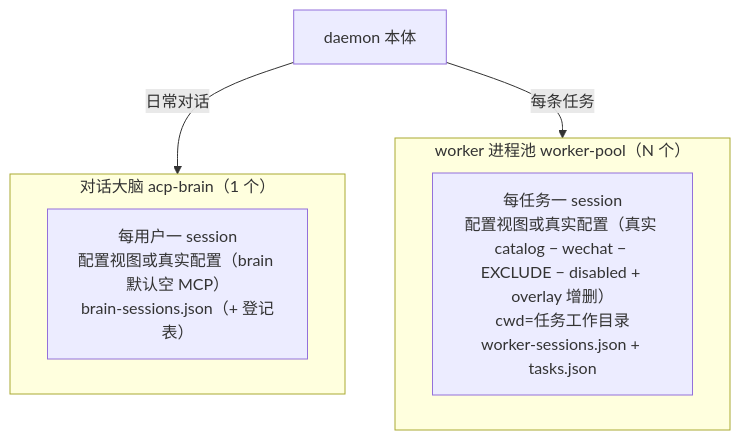
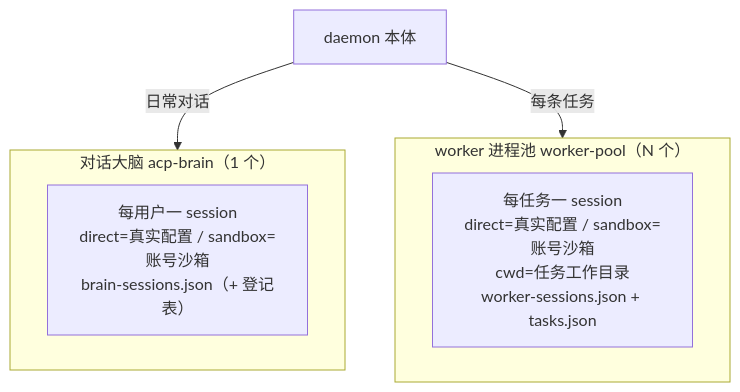
The fifth of 6 diagrams in docs/repowiki/02-系统架构.md (imwangpan/WeMind), drawn with Mermaid before and after one commit. The commit also changed other lines of this file and 81 other files, not shown here.

Commit message:
refactor(agent-parity): 移除 view 模式并统一 direct/sandbox

````diff
--- a/docs/repowiki/02-系统架构.md
+++ b/docs/repowiki/02-系统架构.md
@@ -156,12 +156,12 @@
 ```mermaid
 graph TD
     DAEMON["daemon 本体"]
     subgraph brain["对话大脑 acp-brain（1 个）"]
-        B["每用户一 session<br/>配置视图或真实配置（brain 默认空 MCP）<br/>brain-sessions.json（+ 登记表）"]
+        B["每用户一 session<br/>direct=真实配置 / sandbox=账号沙箱<br/>brain-sessions.json（+ 登记表）"]
     end
     subgraph wk["worker 进程池 worker-pool（N 个）"]
-        W["每任务一 session<br/>配置视图或真实配置（真实 catalog − wechat − EXCLUDE − disabled + overlay 增删）<br/>cwd=任务工作目录<br/>worker-sessions.json + tasks.json"]
+        W["每任务一 session<br/>direct=真实配置 / sandbox=账号沙箱<br/>cwd=任务工作目录<br/>worker-sessions.json + tasks.json"]
     end
     DAEMON -->|日常对话| brain
     DAEMON -->|每条任务| wk
 ```
````
